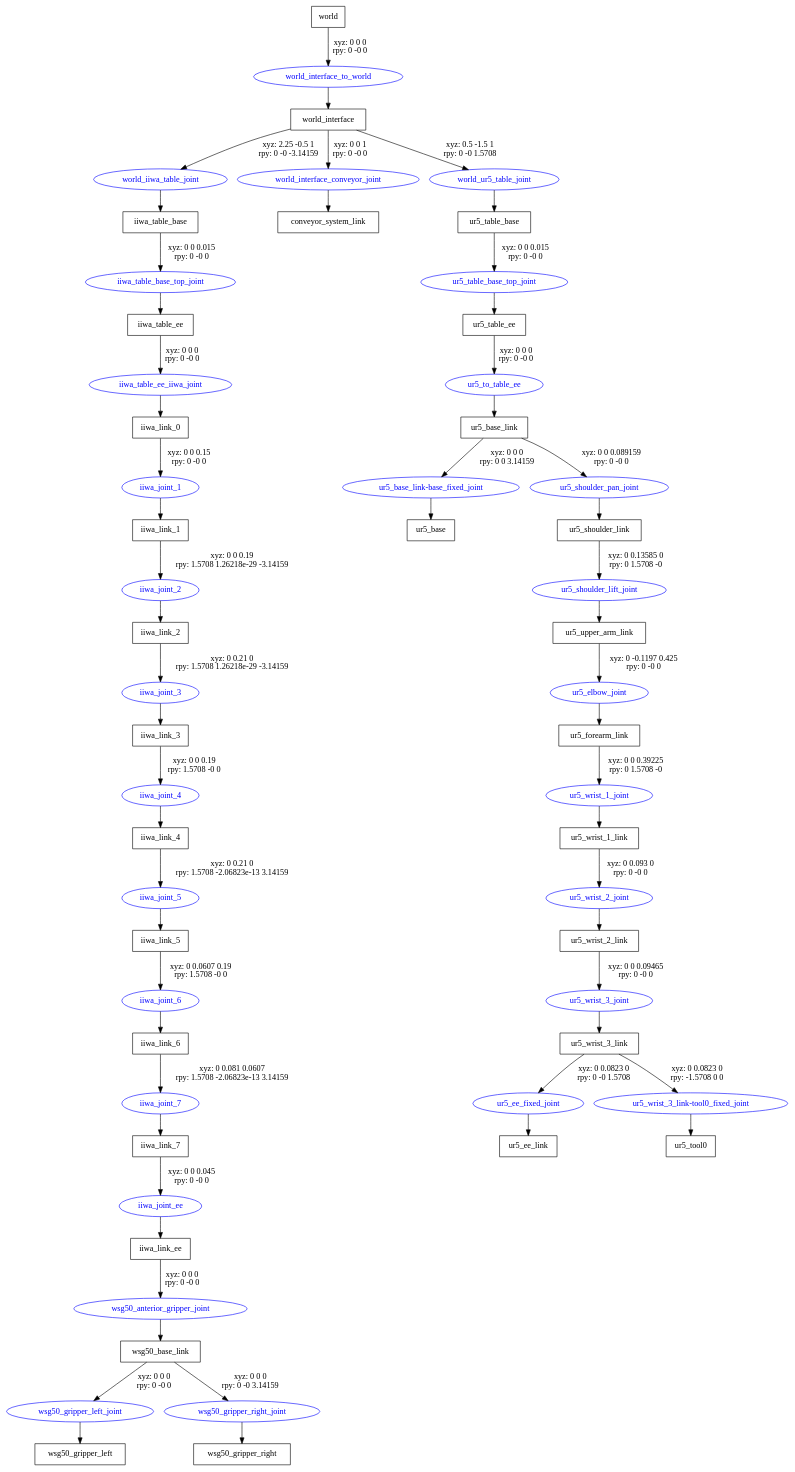
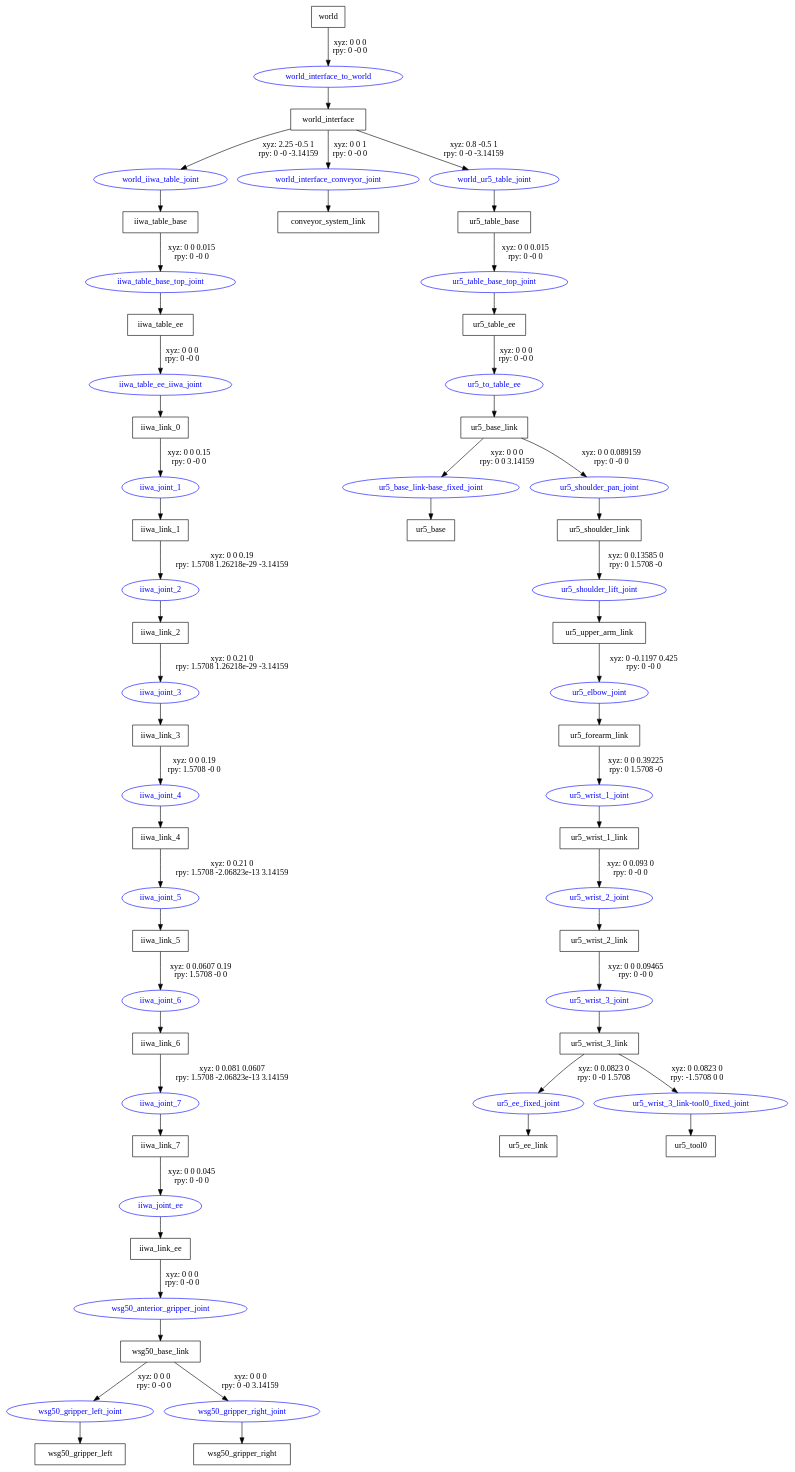
The diagram in robots_ee_pkg/urdf/iwt.gv (LernFabrik/iwtros_framework), drawn with Graphviz before and after one commit. The commit also changed 3 other files, not shown here.

```diff
--- a/robots_ee_pkg/urdf/iwt.gv
+++ b/robots_ee_pkg/urdf/iwt.gv
@@ -1,89 +1,89 @@
 digraph G {
 node [shape=box];
 "world" [label="world"];
 "world_interface" [label="world_interface"];
 "iiwa_table_base" [label="iiwa_table_base"];
 "iiwa_table_ee" [label="iiwa_table_ee"];
 "iiwa_link_0" [label="iiwa_link_0"];
 "iiwa_link_1" [label="iiwa_link_1"];
 "iiwa_link_2" [label="iiwa_link_2"];
 "iiwa_link_3" [label="iiwa_link_3"];
 "iiwa_link_4" [label="iiwa_link_4"];
 "iiwa_link_5" [label="iiwa_link_5"];
 "iiwa_link_6" [label="iiwa_link_6"];
 "iiwa_link_7" [label="iiwa_link_7"];
 "iiwa_link_ee" [label="iiwa_link_ee"];
 "wsg50_base_link" [label="wsg50_base_link"];
 "wsg50_gripper_left" [label="wsg50_gripper_left"];
 "wsg50_gripper_right" [label="wsg50_gripper_right"];
 "conveyor_system_link" [label="conveyor_system_link"];
 "ur5_table_base" [label="ur5_table_base"];
 "ur5_table_ee" [label="ur5_table_ee"];
 "ur5_base_link" [label="ur5_base_link"];
 "ur5_base" [label="ur5_base"];
 "ur5_shoulder_link" [label="ur5_shoulder_link"];
 "ur5_upper_arm_link" [label="ur5_upper_arm_link"];
 "ur5_forearm_link" [label="ur5_forearm_link"];
 "ur5_wrist_1_link" [label="ur5_wrist_1_link"];
 "ur5_wrist_2_link" [label="ur5_wrist_2_link"];
 "ur5_wrist_3_link" [label="ur5_wrist_3_link"];
 "ur5_ee_link" [label="ur5_ee_link"];
 "ur5_tool0" [label="ur5_tool0"];
 node [shape=ellipse, color=blue, fontcolor=blue];
 "world" -> "world_interface_to_world" [label="xyz: 0 0 0 \nrpy: 0 -0 0"]
 "world_interface_to_world" -> "world_interface"
 "world_interface" -> "world_iiwa_table_joint" [label="xyz: 2.25 -0.5 1 \nrpy: 0 -0 -3.14159"]
 "world_iiwa_table_joint" -> "iiwa_table_base"
 "iiwa_table_base" -> "iiwa_table_base_top_joint" [label="xyz: 0 0 0.015 \nrpy: 0 -0 0"]
 "iiwa_table_base_top_joint" -> "iiwa_table_ee"
 "iiwa_table_ee" -> "iiwa_table_ee_iiwa_joint" [label="xyz: 0 0 0 \nrpy: 0 -0 0"]
 "iiwa_table_ee_iiwa_joint" -> "iiwa_link_0"
 "iiwa_link_0" -> "iiwa_joint_1" [label="xyz: 0 0 0.15 \nrpy: 0 -0 0"]
 "iiwa_joint_1" -> "iiwa_link_1"
 "iiwa_link_1" -> "iiwa_joint_2" [label="xyz: 0 0 0.19 \nrpy: 1.5708 1.26218e-29 -3.14159"]
 "iiwa_joint_2" -> "iiwa_link_2"
 "iiwa_link_2" -> "iiwa_joint_3" [label="xyz: 0 0.21 0 \nrpy: 1.5708 1.26218e-29 -3.14159"]
 "iiwa_joint_3" -> "iiwa_link_3"
 "iiwa_link_3" -> "iiwa_joint_4" [label="xyz: 0 0 0.19 \nrpy: 1.5708 -0 0"]
 "iiwa_joint_4" -> "iiwa_link_4"
 "iiwa_link_4" -> "iiwa_joint_5" [label="xyz: 0 0.21 0 \nrpy: 1.5708 -2.06823e-13 3.14159"]
 "iiwa_joint_5" -> "iiwa_link_5"
 "iiwa_link_5" -> "iiwa_joint_6" [label="xyz: 0 0.0607 0.19 \nrpy: 1.5708 -0 0"]
 "iiwa_joint_6" -> "iiwa_link_6"
 "iiwa_link_6" -> "iiwa_joint_7" [label="xyz: 0 0.081 0.0607 \nrpy: 1.5708 -2.06823e-13 3.14159"]
 "iiwa_joint_7" -> "iiwa_link_7"
 "iiwa_link_7" -> "iiwa_joint_ee" [label="xyz: 0 0 0.045 \nrpy: 0 -0 0"]
 "iiwa_joint_ee" -> "iiwa_link_ee"
 "iiwa_link_ee" -> "wsg50_anterior_gripper_joint" [label="xyz: 0 0 0 \nrpy: 0 -0 0"]
 "wsg50_anterior_gripper_joint" -> "wsg50_base_link"
 "wsg50_base_link" -> "wsg50_gripper_left_joint" [label="xyz: 0 0 0 \nrpy: 0 -0 0"]
 "wsg50_gripper_left_joint" -> "wsg50_gripper_left"
 "wsg50_base_link" -> "wsg50_gripper_right_joint" [label="xyz: 0 0 0 \nrpy: 0 -0 3.14159"]
 "wsg50_gripper_right_joint" -> "wsg50_gripper_right"
 "world_interface" -> "world_interface_conveyor_joint" [label="xyz: 0 0 1 \nrpy: 0 -0 0"]
 "world_interface_conveyor_joint" -> "conveyor_system_link"
-"world_interface" -> "world_ur5_table_joint" [label="xyz: 0.5 -1.5 1 \nrpy: 0 -0 1.5708"]
+"world_interface" -> "world_ur5_table_joint" [label="xyz: 0.8 -0.5 1 \nrpy: 0 -0 -3.14159"]
 "world_ur5_table_joint" -> "ur5_table_base"
 "ur5_table_base" -> "ur5_table_base_top_joint" [label="xyz: 0 0 0.015 \nrpy: 0 -0 0"]
 "ur5_table_base_top_joint" -> "ur5_table_ee"
 "ur5_table_ee" -> "ur5_to_table_ee" [label="xyz: 0 0 0 \nrpy: 0 -0 0"]
 "ur5_to_table_ee" -> "ur5_base_link"
 "ur5_base_link" -> "ur5_base_link-base_fixed_joint" [label="xyz: 0 0 0 \nrpy: 0 0 3.14159"]
 "ur5_base_link-base_fixed_joint" -> "ur5_base"
 "ur5_base_link" -> "ur5_shoulder_pan_joint" [label="xyz: 0 0 0.089159 \nrpy: 0 -0 0"]
 "ur5_shoulder_pan_joint" -> "ur5_shoulder_link"
 "ur5_shoulder_link" -> "ur5_shoulder_lift_joint" [label="xyz: 0 0.13585 0 \nrpy: 0 1.5708 -0"]
 "ur5_shoulder_lift_joint" -> "ur5_upper_arm_link"
 "ur5_upper_arm_link" -> "ur5_elbow_joint" [label="xyz: 0 -0.1197 0.425 \nrpy: 0 -0 0"]
 "ur5_elbow_joint" -> "ur5_forearm_link"
 "ur5_forearm_link" -> "ur5_wrist_1_joint" [label="xyz: 0 0 0.39225 \nrpy: 0 1.5708 -0"]
 "ur5_wrist_1_joint" -> "ur5_wrist_1_link"
 "ur5_wrist_1_link" -> "ur5_wrist_2_joint" [label="xyz: 0 0.093 0 \nrpy: 0 -0 0"]
 "ur5_wrist_2_joint" -> "ur5_wrist_2_link"
 "ur5_wrist_2_link" -> "ur5_wrist_3_joint" [label="xyz: 0 0 0.09465 \nrpy: 0 -0 0"]
 "ur5_wrist_3_joint" -> "ur5_wrist_3_link"
 "ur5_wrist_3_link" -> "ur5_ee_fixed_joint" [label="xyz: 0 0.0823 0 \nrpy: 0 -0 1.5708"]
 "ur5_ee_fixed_joint" -> "ur5_ee_link"
 "ur5_wrist_3_link" -> "ur5_wrist_3_link-tool0_fixed_joint" [label="xyz: 0 0.0823 0 \nrpy: -1.5708 0 0"]
 "ur5_wrist_3_link-tool0_fixed_joint" -> "ur5_tool0"
 }
```
